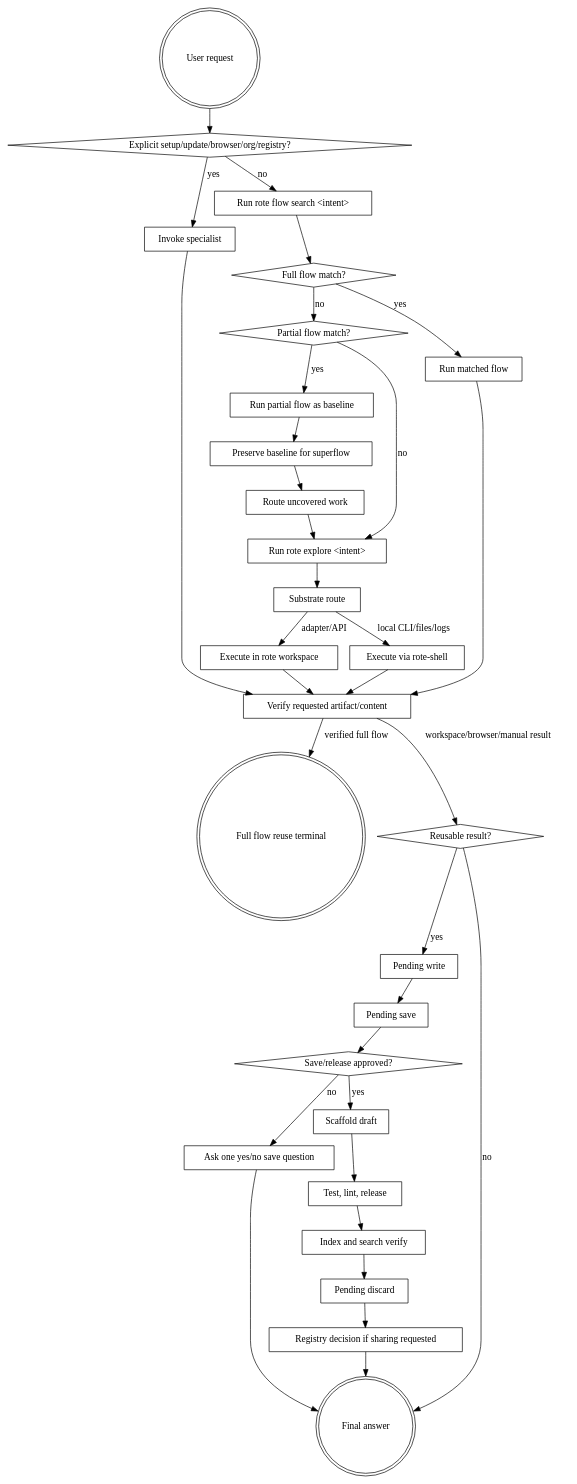
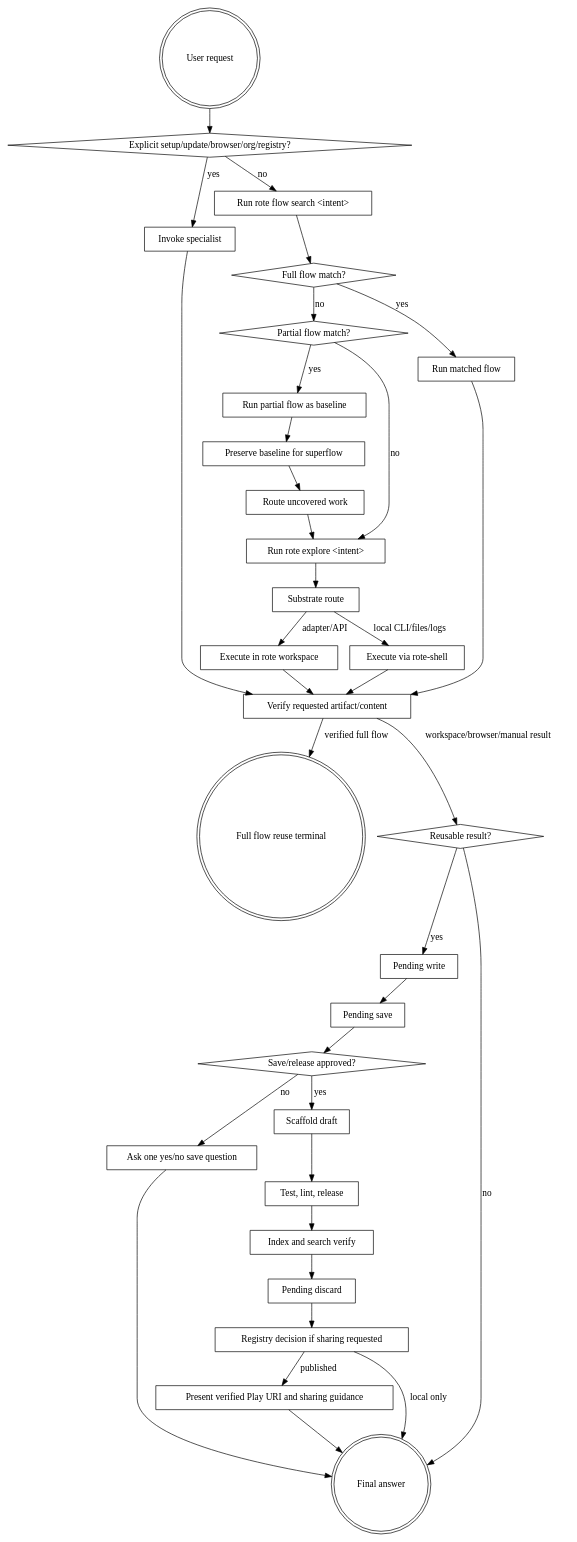
Before and after one commit to modiqo/rote-skills: the diagram in plugins/rote/skills/rote/SKILL.md, drawn with Graphviz. The commit also changed other lines of this file and 16 other files, not shown here.

````diff
--- a/plugins/rote/skills/rote/SKILL.md
+++ b/plugins/rote/skills/rote/SKILL.md
@@ -123,64 +128,67 @@
 ```dot
 digraph rote_flow {
     "User request" [shape=doublecircle];
     "Explicit setup/update/browser/org/registry?" [shape=diamond];
     "Invoke specialist" [shape=box];
     "Run rote flow search <intent>" [shape=box];
     "Full flow match?" [shape=diamond];
     "Partial flow match?" [shape=diamond];
     "Run matched flow" [shape=box];
     "Run partial flow as baseline" [shape=box];
     "Preserve baseline for superflow" [shape=box];
     "Full flow reuse terminal" [shape=doublecircle];
     "Route uncovered work" [shape=box];
     "Run rote explore <intent>" [shape=box];
     "Substrate route" [shape=box];
     "Execute in rote workspace" [shape=box];
     "Execute via rote-shell" [shape=box];
     "Verify requested artifact/content" [shape=box];
     "Reusable result?" [shape=diamond];
     "Pending write" [shape=box];
     "Pending save" [shape=box];
     "Save/release approved?" [shape=diamond];
     "Ask one yes/no save question" [shape=box];
     "Scaffold draft" [shape=box];
     "Test, lint, release" [shape=box];
     "Index and search verify" [shape=box];
     "Pending discard" [shape=box];
     "Registry decision if sharing requested" [shape=box];
+    "Present verified Play URI and sharing guidance" [shape=box];
     "Final answer" [shape=doublecircle];
 
     "User request" -> "Explicit setup/update/browser/org/registry?";
     "Explicit setup/update/browser/org/registry?" -> "Invoke specialist" [label="yes"];
     "Explicit setup/update/browser/org/registry?" -> "Run rote flow search <intent>" [label="no"];
     "Invoke specialist" -> "Verify requested artifact/content";
     "Run rote flow search <intent>" -> "Full flow match?";
     "Full flow match?" -> "Run matched flow" [label="yes"];
     "Full flow match?" -> "Partial flow match?" [label="no"];
     "Run matched flow" -> "Verify requested artifact/content";
     "Partial flow match?" -> "Run partial flow as baseline" [label="yes"];
     "Partial flow match?" -> "Run rote explore <intent>" [label="no"];
     "Run partial flow as baseline" -> "Preserve baseline for superflow";
     "Preserve baseline for superflow" -> "Route uncovered work";
     "Route uncovered work" -> "Run rote explore <intent>";
     "Run rote explore <intent>" -> "Substrate route";
     "Substrate route" -> "Execute in rote workspace" [label="adapter/API"];
     "Substrate route" -> "Execute via rote-shell" [label="local CLI/files/logs"];
     "Execute in rote workspace" -> "Verify requested artifact/content";
     "Execute via rote-shell" -> "Verify requested artifact/content";
     "Verify requested artifact/content" -> "Full flow reuse terminal" [label="verified full flow"];
     "Verify requested artifact/content" -> "Reusable result?" [label="workspace/browser/manual result"];
     "Reusable result?" -> "Final answer" [label="no"];
     "Reusable result?" -> "Pending write" [label="yes"];
     "Pending write" -> "Pending save";
     "Pending save" -> "Save/release approved?";
     "Save/release approved?" -> "Scaffold draft" [label="yes"];
     "Save/release approved?" -> "Ask one yes/no save question" [label="no"];
     "Ask one yes/no save question" -> "Final answer";
     "Scaffold draft" -> "Test, lint, release";
     "Test, lint, release" -> "Index and search verify";
     "Index and search verify" -> "Pending discard";
     "Pending discard" -> "Registry decision if sharing requested";
-    "Registry decision if sharing requested" -> "Final answer";
+    "Registry decision if sharing requested" -> "Final answer" [label="local only"];
+    "Registry decision if sharing requested" -> "Present verified Play URI and sharing guidance" [label="published"];
+    "Present verified Play URI and sharing guidance" -> "Final answer";
 }
 ```
````
